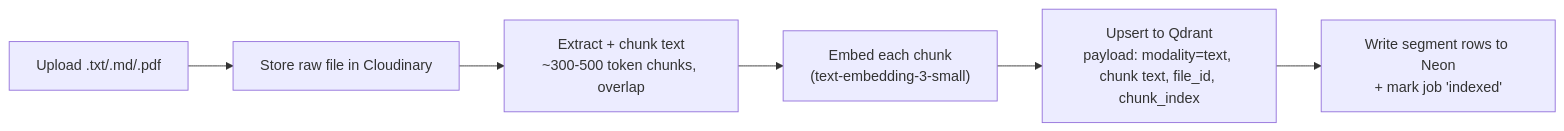
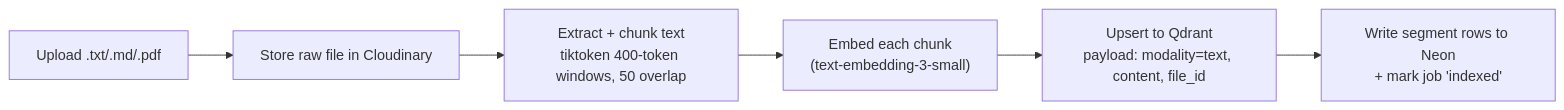
The second of 5 diagrams in docs/architecture/architecture.md (OmgItsAmmer/Scrutinize), drawn with Mermaid before and after one commit. The commit also changed other lines of this file and 43 other files, not shown here.

````diff
--- a/docs/architecture/architecture.md
+++ b/docs/architecture/architecture.md
@@ -168,8 +148,8 @@
 ```mermaid
 flowchart LR
     A[Upload .txt/.md/.pdf] --> B[Store raw file in Cloudinary]
-    B --> C[Extract + chunk text<br/>~300-500 token chunks, overlap]
+    B --> C[Extract + chunk text<br/>tiktoken 400-token windows, 50 overlap]
     C --> D["Embed each chunk<br/>(text-embedding-3-small)"]
-    D --> E["Upsert to Qdrant<br/>payload: modality=text, chunk text, file_id, chunk_index"]
+    D --> E["Upsert to Qdrant<br/>payload: modality=text, content, file_id"]
     E --> F["Write segment rows to Neon<br/>+ mark job 'indexed'"]
 ```
````
